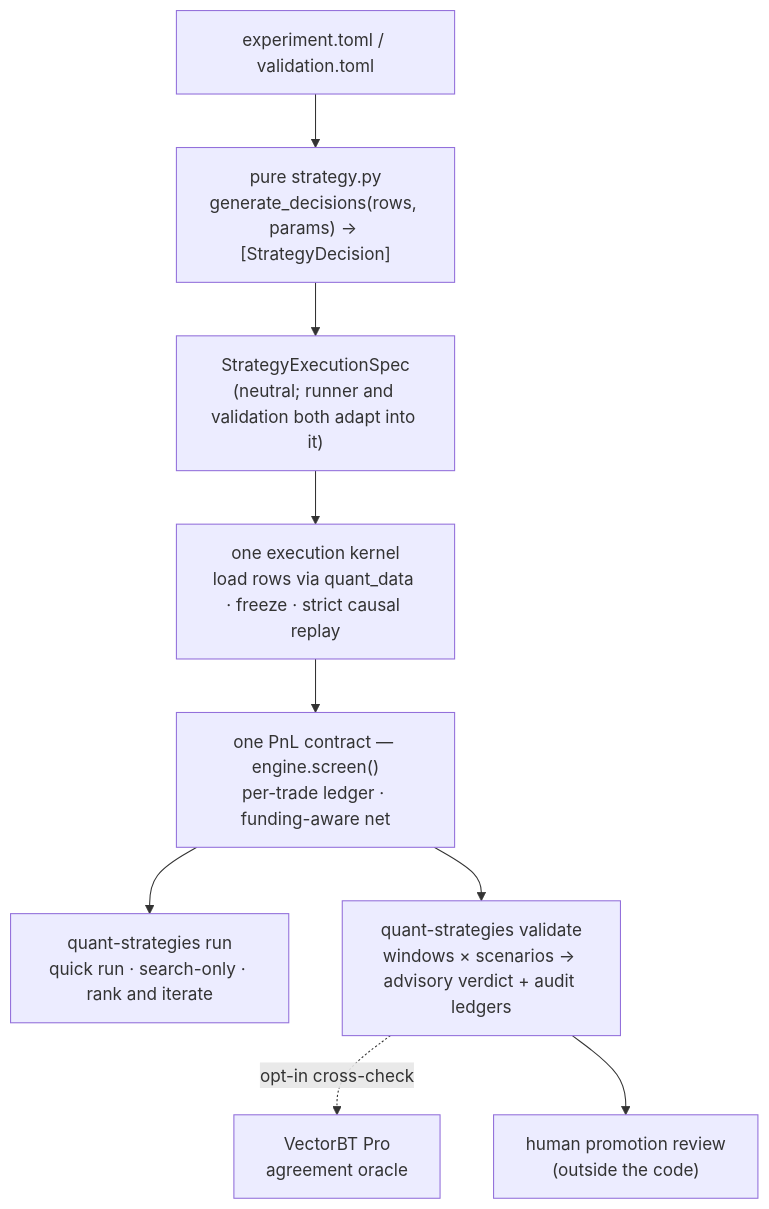
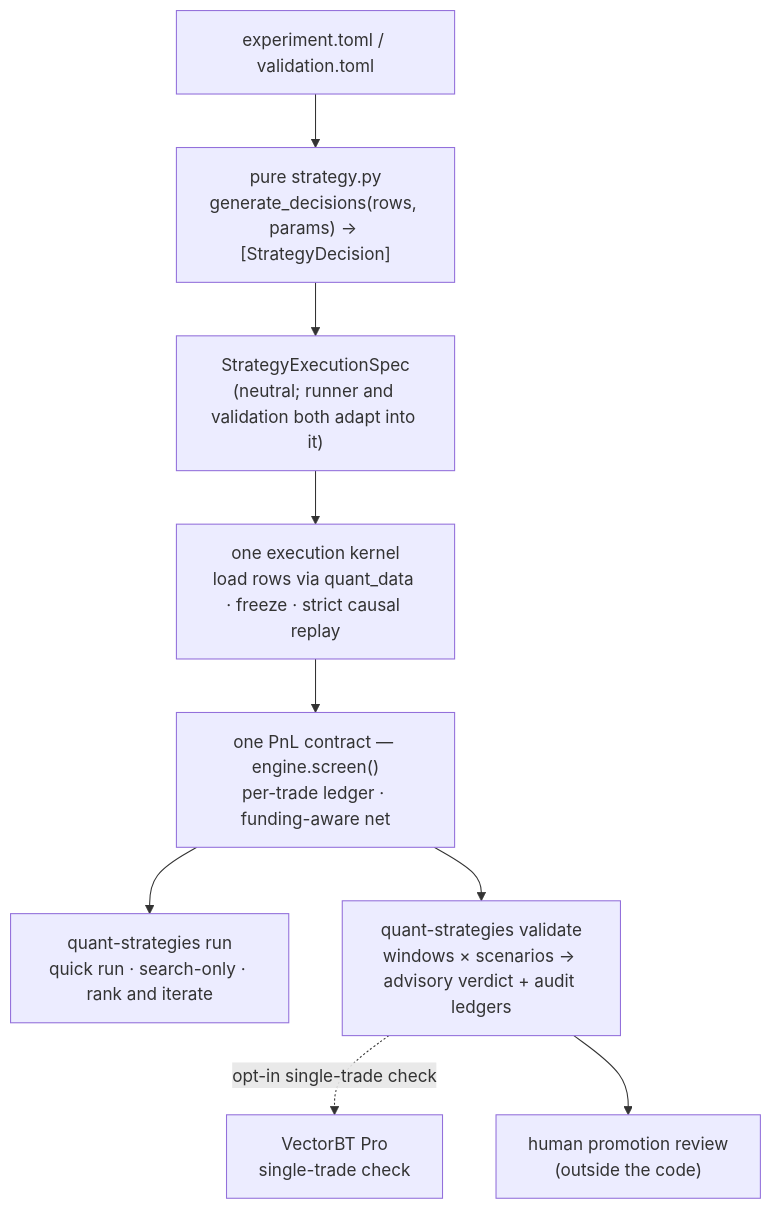
The diagram in README.md (xxSeasonxx/quant_strategies), drawn with Mermaid before and after one commit. The commit also changed other lines of this file and 16 other files, not shown here.

````diff
--- a/README.md
+++ b/README.md
@@ -12,12 +12,12 @@
 ```mermaid
 flowchart TD
     cfg["experiment.toml / validation.toml"] --> strat
     strat["pure strategy.py<br/>generate_decisions(rows, params) → [StrategyDecision]"] --> spec
     spec["StrategyExecutionSpec<br/>(neutral; runner and validation both adapt into it)"] --> kernel
     kernel["one execution kernel<br/>load rows via quant_data · freeze · strict causal replay"] --> pnl
     pnl["one PnL contract — engine.screen()<br/>per-trade ledger · funding-aware net"]
     pnl --> quick["quant-strategies run<br/>quick run · search-only · rank and iterate"]
     pnl --> valid["quant-strategies validate<br/>windows × scenarios → advisory verdict + audit ledgers"]
-    valid -. "opt-in cross-check" .-> oracle["VectorBT Pro<br/>agreement oracle"]
+    valid -. "opt-in single-trade check" .-> oracle["VectorBT Pro<br/>single-trade check"]
     valid --> human["human promotion review<br/>(outside the code)"]
 ```
````
